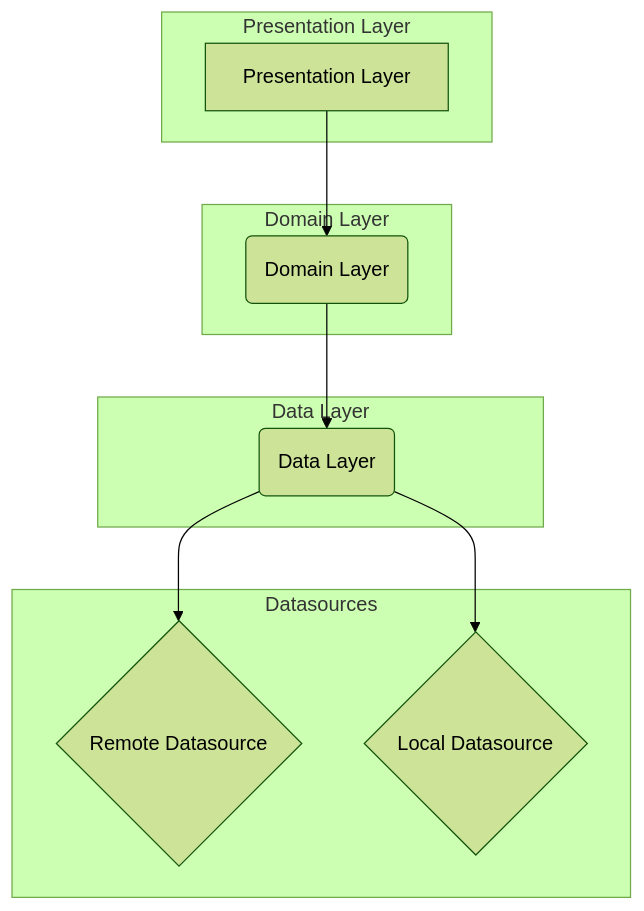
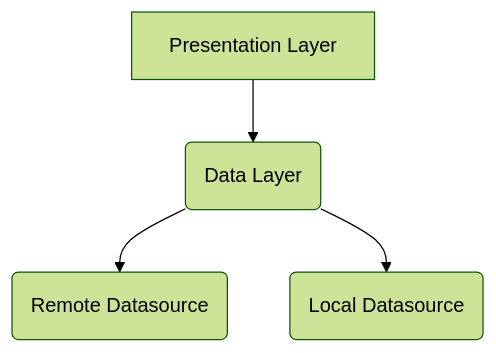
Before and after one commit to TheSomeshKumar/Flixplorer: the first of 3 diagrams in README.md, drawn with Mermaid (forest theme). The commit also changed other lines of this file, not shown here.

````diff
--- a/README.md
+++ b/README.md
@@ -52,24 +19,7 @@
 ```mermaid
 graph TD
-    A[Presentation Layer] --> B(Domain Layer)
-    B --> C(Data Layer)
-    C --> D{Remote Datasource}
-    C --> E{Local Datasource}
+    A[Presentation Layer] --> B(Data Layer)
+    B --> C(Remote Datasource)
+    B --> D(Local Datasource)
 
-    subgraph Presentation Layer
-        A
-    end
-
-    subgraph Domain Layer
-        B
-    end
-
-    subgraph Data Layer
-        C
-    end
-
-    subgraph Datasources
-        D
-        E
-    end
 ```
````
